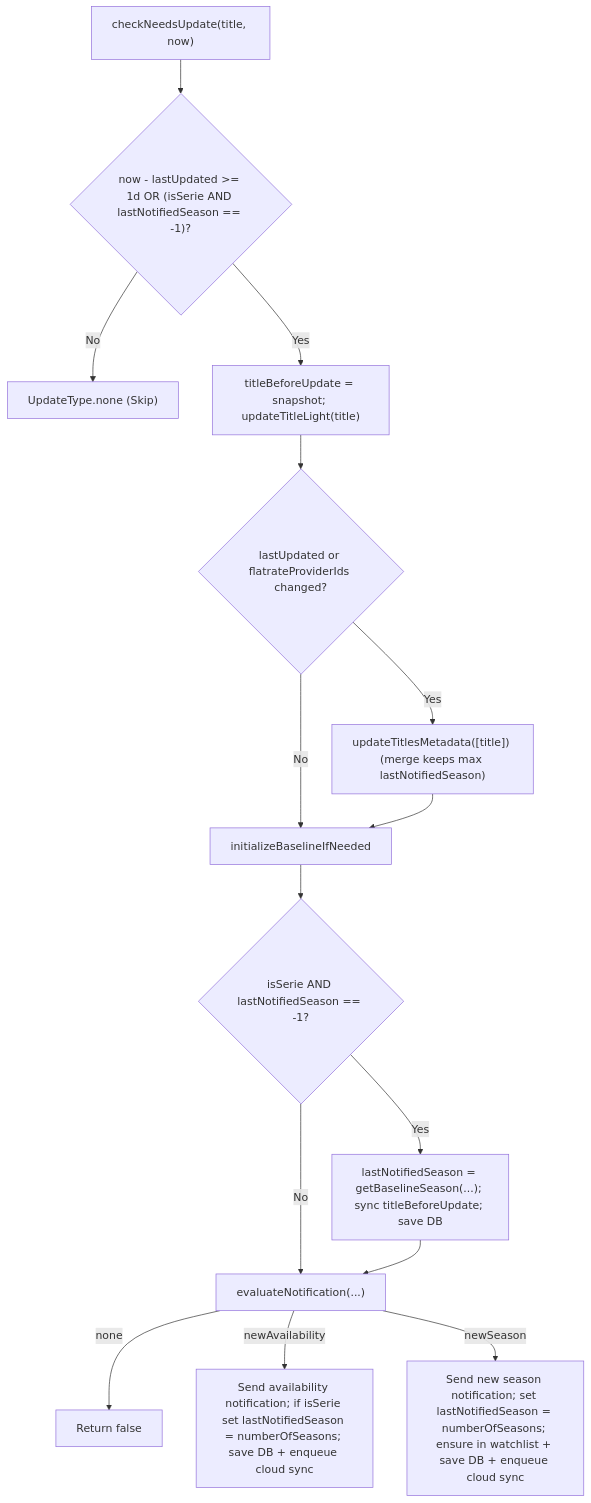
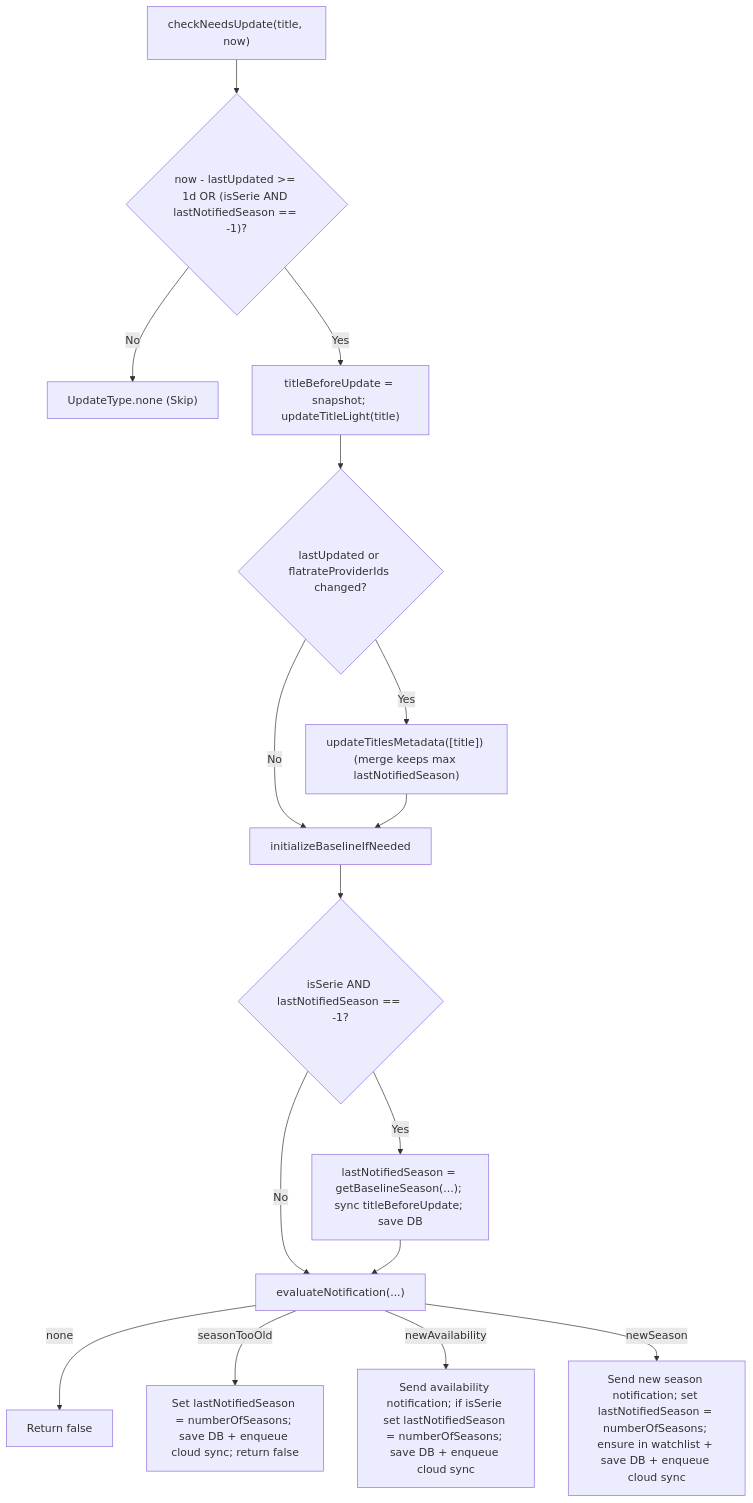
The first of 3 diagrams in NOTIFICATIONS.md (xcarol/moviescout), drawn with Mermaid before and after one commit. The commit also changed other lines of this file and 6 other files, not shown here.

````diff
--- a/NOTIFICATIONS.md
+++ b/NOTIFICATIONS.md
@@ -22,19 +22,20 @@
 ```mermaid
 flowchart TD
     Start["checkNeedsUpdate(title, now)"] --> NeedCheck{"now - lastUpdated >= 1d OR (isSerie AND lastNotifiedSeason == -1)?"}
     NeedCheck -- No --> Skip["UpdateType.none (Skip)"]
     NeedCheck -- Yes --> Fetch["titleBeforeUpdate = snapshot; updateTitleLight(title)"]
     Fetch --> SaveMeta{"lastUpdated or flatrateProviderIds changed?"}
     SaveMeta -- Yes --> PersistMeta["updateTitlesMetadata([title]) (merge keeps max lastNotifiedSeason)"]
     SaveMeta -- No --> InitCheck
     PersistMeta --> InitCheck["initializeBaselineIfNeeded"]
 
     InitCheck --> IsUninit{"isSerie AND lastNotifiedSeason == -1?"}
     IsUninit -- Yes --> CalcBase["lastNotifiedSeason = getBaselineSeason(...); sync titleBeforeUpdate; save DB"]
     IsUninit -- No --> Eval
     CalcBase --> Eval["evaluateNotification(...)"]
 
     Eval -- "none" --> DoneNone["Return false"]
+    Eval -- "seasonTooOld" --> MarkOld["Set lastNotifiedSeason = numberOfSeasons; save DB + enqueue cloud sync; return false"]
     Eval -- "newAvailability" --> NotifyAvail["Send availability notification; if isSerie set lastNotifiedSeason = numberOfSeasons; save DB + enqueue cloud sync"]
     Eval -- "newSeason" --> NotifySeason["Send new season notification; set lastNotifiedSeason = numberOfSeasons; ensure in watchlist + save DB + enqueue cloud sync"]
 ```
````
